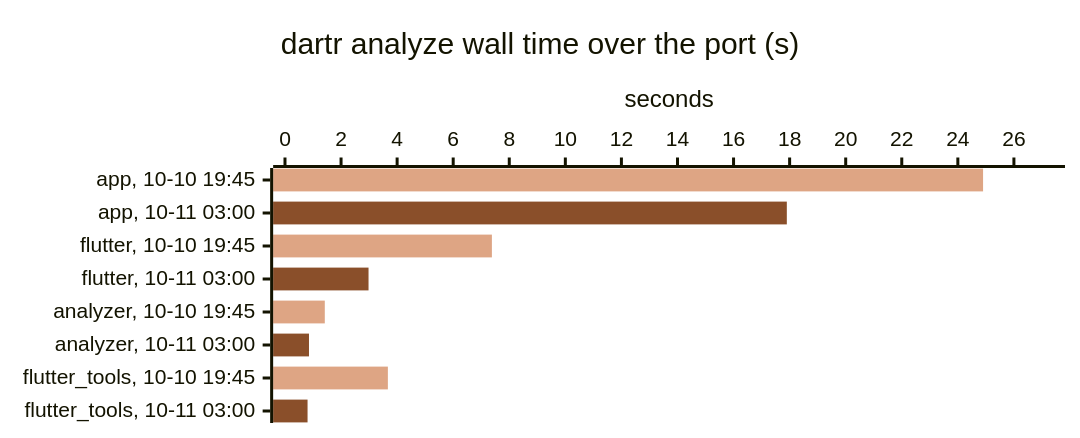
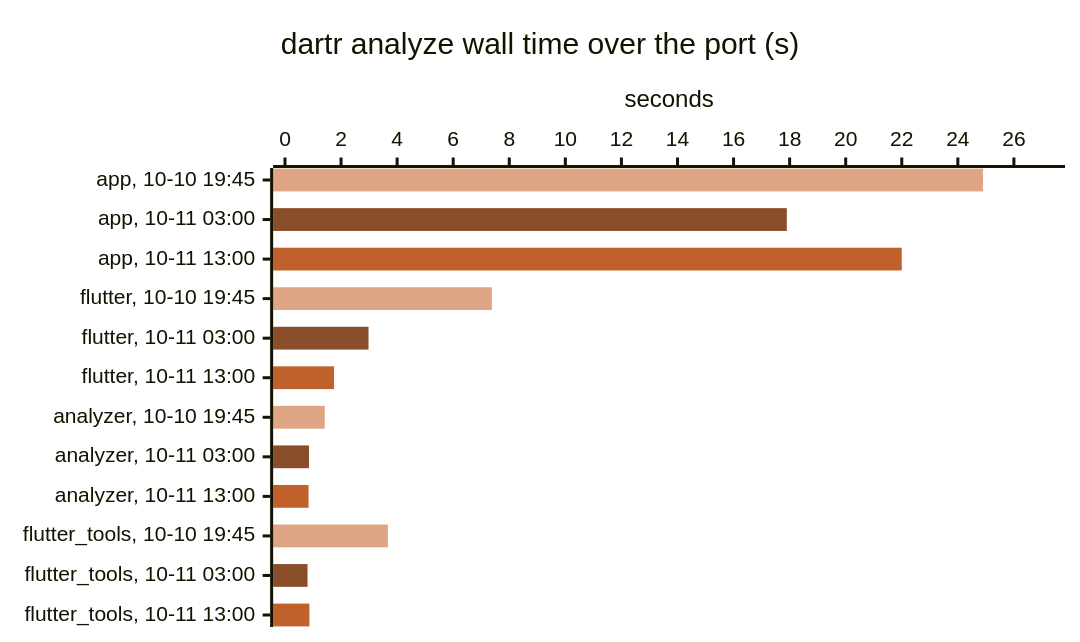
Before and after one commit to orestesgaolin/dartr: the tenth of 14 diagrams in docs/BENCHMARKS.md, drawn with Mermaid. The commit also changed other lines of this file and 1 other file, not shown here.

Commit message:
docs(bench): results after CPU round 5 and the plugin fix; charts updated

````diff
--- a/docs/BENCHMARKS.md
+++ b/docs/BENCHMARKS.md
@@ -191,17 +191,18 @@
 ```mermaid
 ---
 config:
   xyChart:
-    height: 272
+    height: 408
   themeVariables:
     xyChart:
-      plotColorPalette: "#DEA584, #8A4F2A"
+      plotColorPalette: "#DEA584, #8A4F2A, #C0602A"
 ---
 xychart-beta horizontal
     %% -100 = no bar: one series per measurement gives each its own color
     title "dartr analyze wall time over the port (s)"
-    x-axis ["app, 10-10 19:45", "app, 10-11 03:00", "flutter, 10-10 19:45", "flutter, 10-11 03:00", "analyzer, 10-10 19:45", "analyzer, 10-11 03:00", "flutter_tools, 10-10 19:45", "flutter_tools, 10-11 03:00"]
+    x-axis ["app, 10-10 19:45", "app, 10-11 03:00", "app, 10-11 13:00", "flutter, 10-10 19:45", "flutter, 10-11 03:00", "flutter, 10-11 13:00", "analyzer, 10-10 19:45", "analyzer, 10-11 03:00", "analyzer, 10-11 13:00", "flutter_tools, 10-10 19:45", "flutter_tools, 10-11 03:00", "flutter_tools, 10-11 13:00"]
     y-axis "seconds" 0 --> 27.4
-    bar [24.9, -100, 7.38, -100, 1.42, -100, 3.67, -100]
-    bar [-100, 17.9, -100, 2.98, -100, 0.856, -100, 0.805]
+    bar [24.9, -100, -100, 7.38, -100, -100, 1.42, -100, -100, 3.67, -100, -100]
+    bar [-100, 17.9, -100, -100, 2.98, -100, -100, 0.856, -100, -100, 0.805, -100]
+    bar [-100, -100, 22.0, -100, -100, 1.75, -100, -100, 0.84, -100, -100, 0.871]
 ```
````
